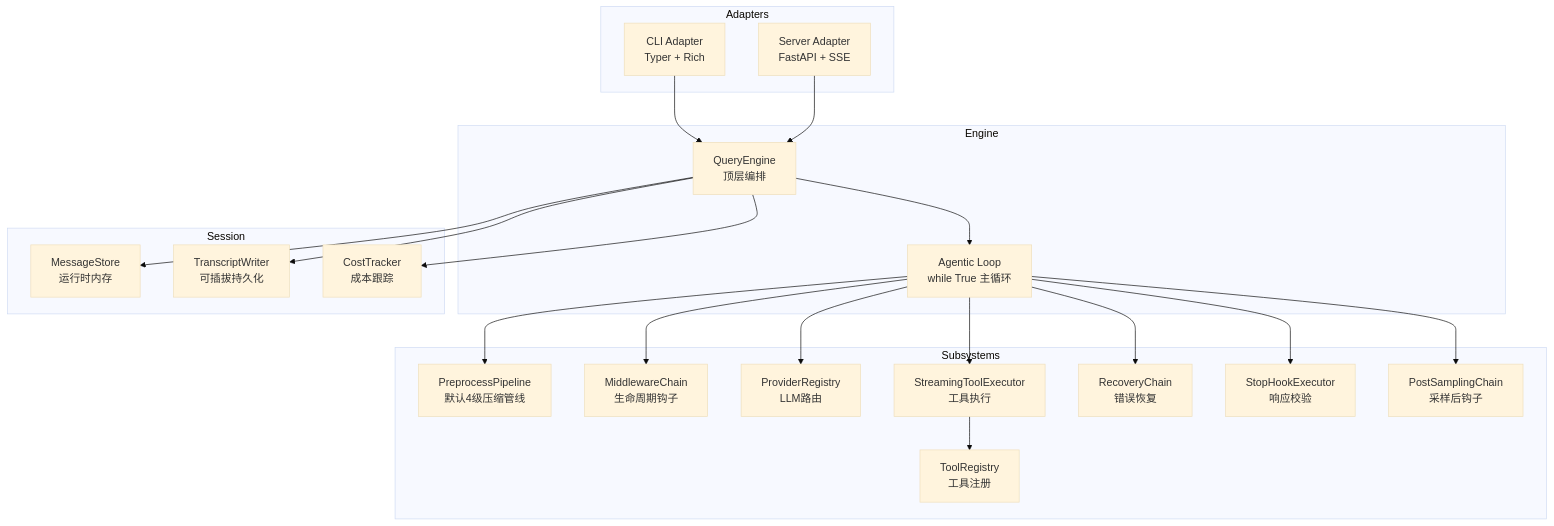
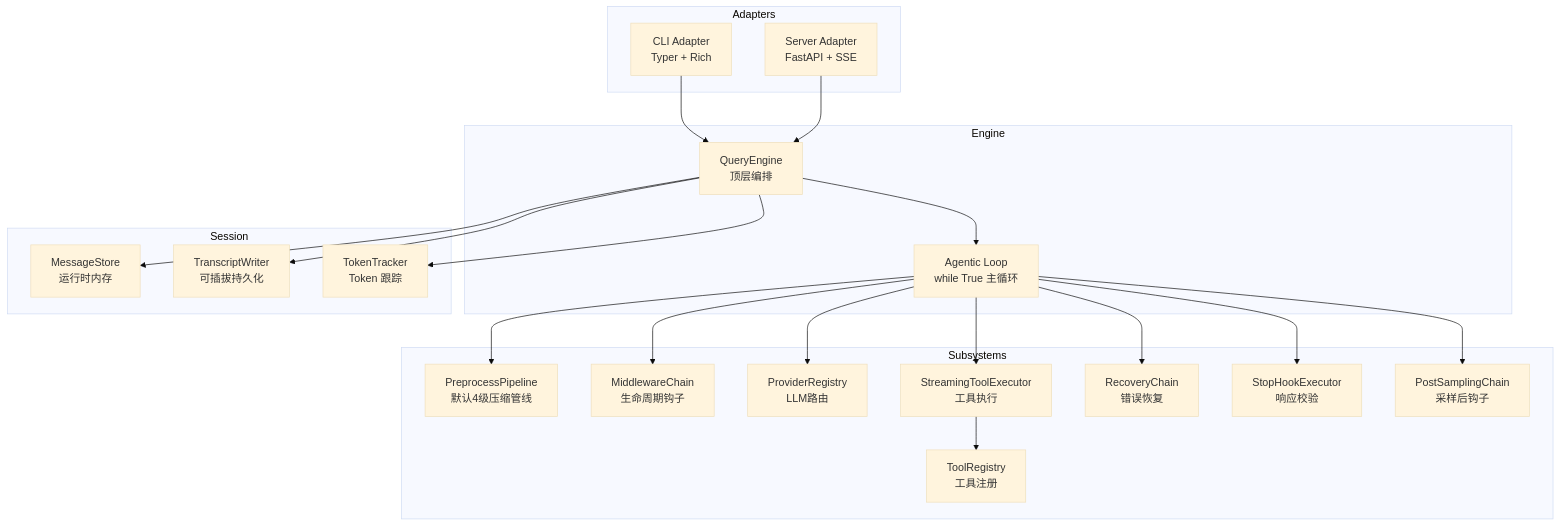
The first of 6 diagrams in docs/NonoAgent-Architecture.md (DawnOf1996/nono-agent), drawn with Mermaid (base theme) before and after one commit. The commit also changed other lines of this file and 22 other files, not shown here.

Commit message:
refactor(observability): CostTracker 整改为 TokenTracker，去价格只统计 token

````diff
--- a/docs/NonoAgent-Architecture.md
+++ b/docs/NonoAgent-Architecture.md
@@ -191,44 +191,44 @@
 ```mermaid
 graph TB
     subgraph Adapters
         CLI[CLI Adapter<br/>Typer + Rich]
         Server[Server Adapter<br/>FastAPI + SSE]
     end
 
     subgraph Engine
         QE[QueryEngine<br/>顶层编排]
         AL[Agentic Loop<br/>while True 主循环]
     end
 
     subgraph Subsystems
         PP[PreprocessPipeline<br/>默认4级压缩管线]
         MW[MiddlewareChain<br/>生命周期钩子]
         PR[ProviderRegistry<br/>LLM路由]
         TR[ToolRegistry<br/>工具注册]
         TE[StreamingToolExecutor<br/>工具执行]
         RC[RecoveryChain<br/>错误恢复]
         SH[StopHookExecutor<br/>响应校验]
         PS[PostSamplingChain<br/>采样后钩子]
     end
 
     subgraph Session
         MS[MessageStore<br/>运行时内存]
         TW[TranscriptWriter<br/>可插拔持久化]
-        CT[CostTracker<br/>成本跟踪]
+        TT[TokenTracker<br/>Token 跟踪]
     end
 
     CLI --> QE
     Server --> QE
     QE --> AL
     AL --> PP
     AL --> MW
     AL --> PR
     AL --> TE
     AL --> RC
     AL --> SH
     AL --> PS
     TE --> TR
     QE --> MS
     QE --> TW
-    QE --> CT
+    QE --> TT
 ```
````
